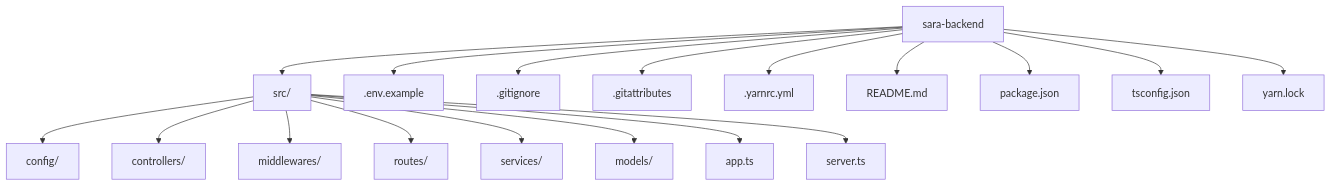
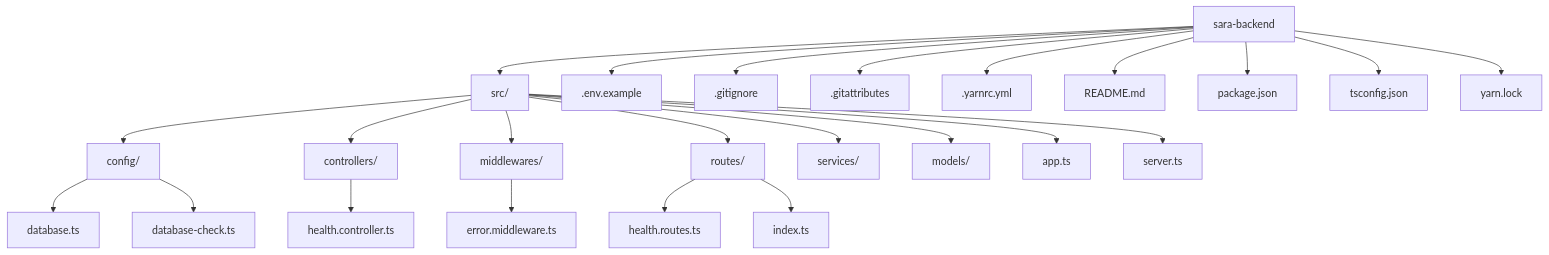
Before and after one commit to ryanazryan/sara-backend: the second of 5 diagrams in README.md, drawn with Mermaid. The commit also changed other lines of this file, not shown here.

````diff
--- a/README.md
+++ b/README.md
@@ -243,24 +406,35 @@
 ```mermaid
 flowchart TD
+
     A["sara-backend"]
 
     A --> B["src/"]
 
     B --> C["config/"]
+    C --> C1["database.ts"]
+    C --> C2["database-check.ts"]
+
     B --> D["controllers/"]
+    D --> D1["health.controller.ts"]
+
     B --> E["middlewares/"]
+    E --> E1["error.middleware.ts"]
+
     B --> F["routes/"]
+    F --> F1["health.routes.ts"]
+    F --> F2["index.ts"]
+
     B --> G["services/"]
     B --> H["models/"]
     B --> I["app.ts"]
     B --> J["server.ts"]
 
     A --> K[".env.example"]
     A --> L[".gitignore"]
     A --> M[".gitattributes"]
     A --> N[".yarnrc.yml"]
     A --> O["README.md"]
     A --> P["package.json"]
     A --> Q["tsconfig.json"]
     A --> R["yarn.lock"]
 ```
````
